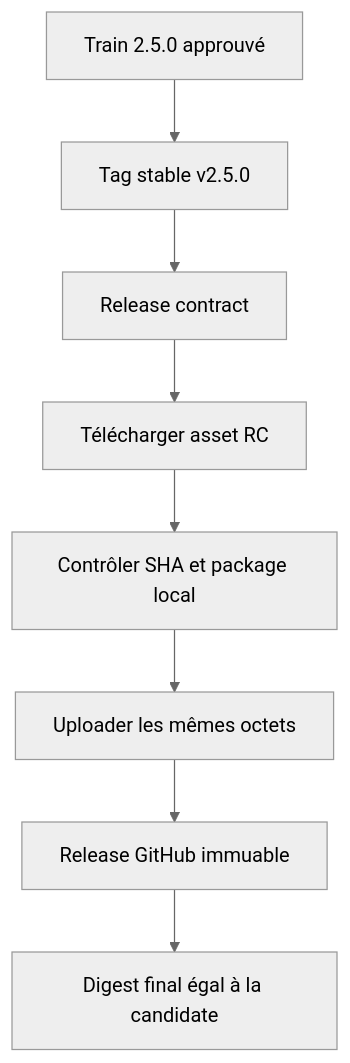
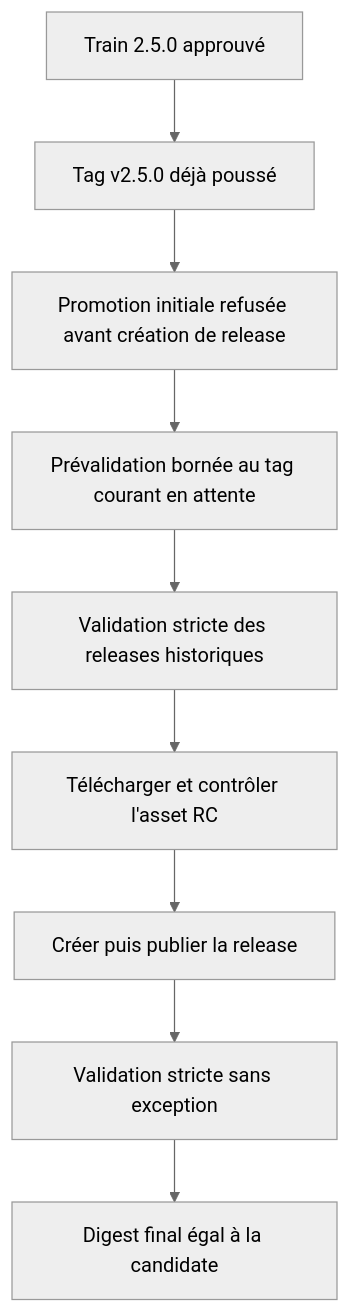
Before and after one commit to RebelliousSmile/schema-adrenaline: the first of 2 diagrams in aidd_docs/tasks/2026_09/2026_09_24_promote-schema-adrenaline-2-5-0/phase-3.md, drawn with Mermaid (neutral theme). The commit also changed other lines of this file and 3 other files, not shown here.

Commit message:
fix(release): allow bounded pending promotion

````diff
--- a/aidd_docs/tasks/2026_09/2026_09_24_promote-schema-adrenaline-2-5-0/phase-3.md
+++ b/aidd_docs/tasks/2026_09/2026_09_24_promote-schema-adrenaline-2-5-0/phase-3.md
@@ -18,10 +21,11 @@
 ```mermaid
 flowchart TD
-  A[Train 2.5.0 approuvé] --> B[Tag stable v2.5.0]
-  B --> C[Release contract]
-  C --> D[Télécharger asset RC]
-  D --> E[Contrôler SHA et package local]
-  E --> F[Uploader les mêmes octets]
-  F --> G[Release GitHub immuable]
-  G --> H[Digest final égal à la candidate]
+  A[Train 2.5.0 approuvé] --> B[Tag v2.5.0 déjà poussé]
+  B --> C[Promotion initiale refusée avant création de release]
+  C --> D[Prévalidation bornée au tag courant en attente]
+  D --> E[Validation stricte des releases historiques]
+  E --> F[Télécharger et contrôler l'asset RC]
+  F --> G[Créer puis publier la release]
+  G --> H[Validation stricte sans exception]
+  H --> I[Digest final égal à la candidate]
 ```
````
